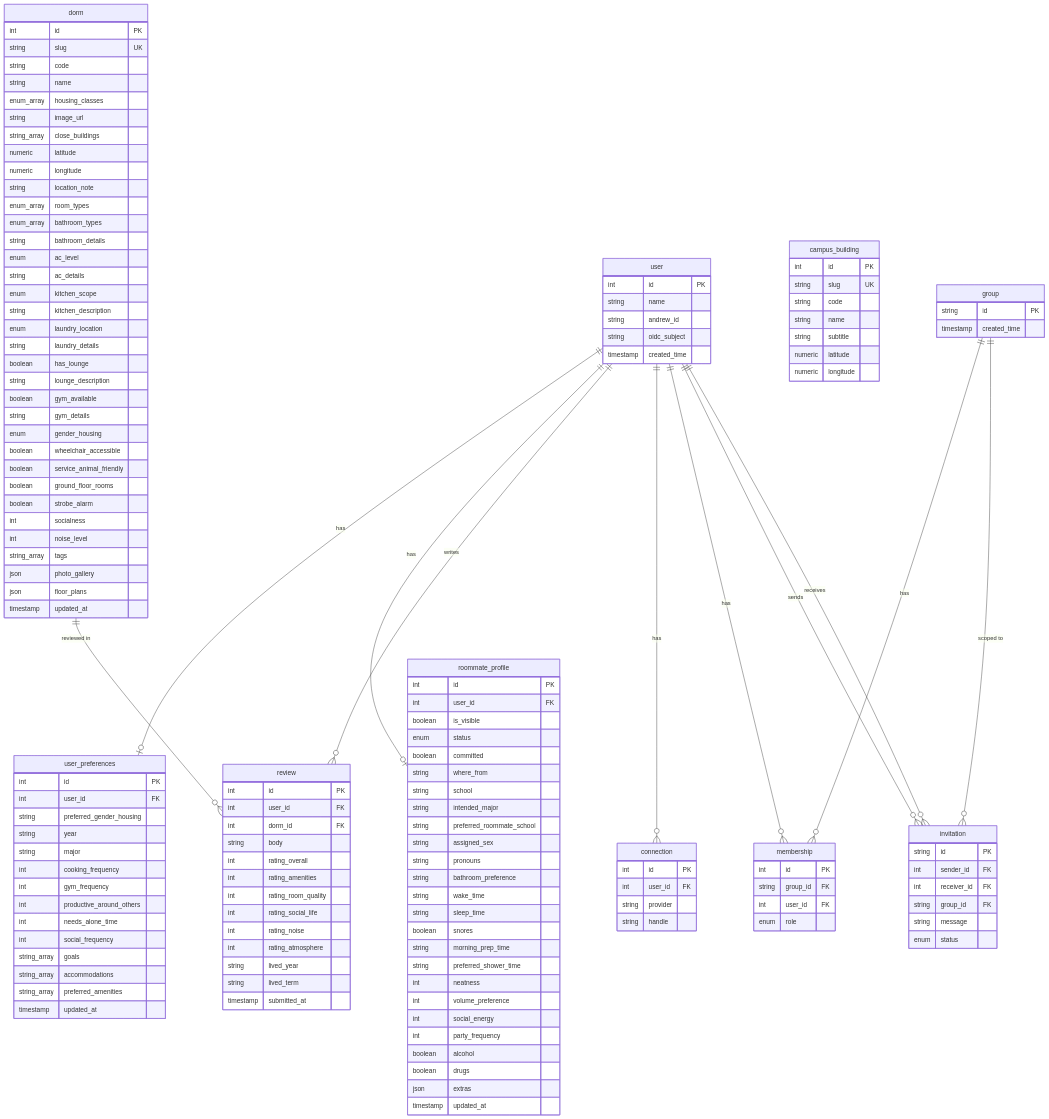
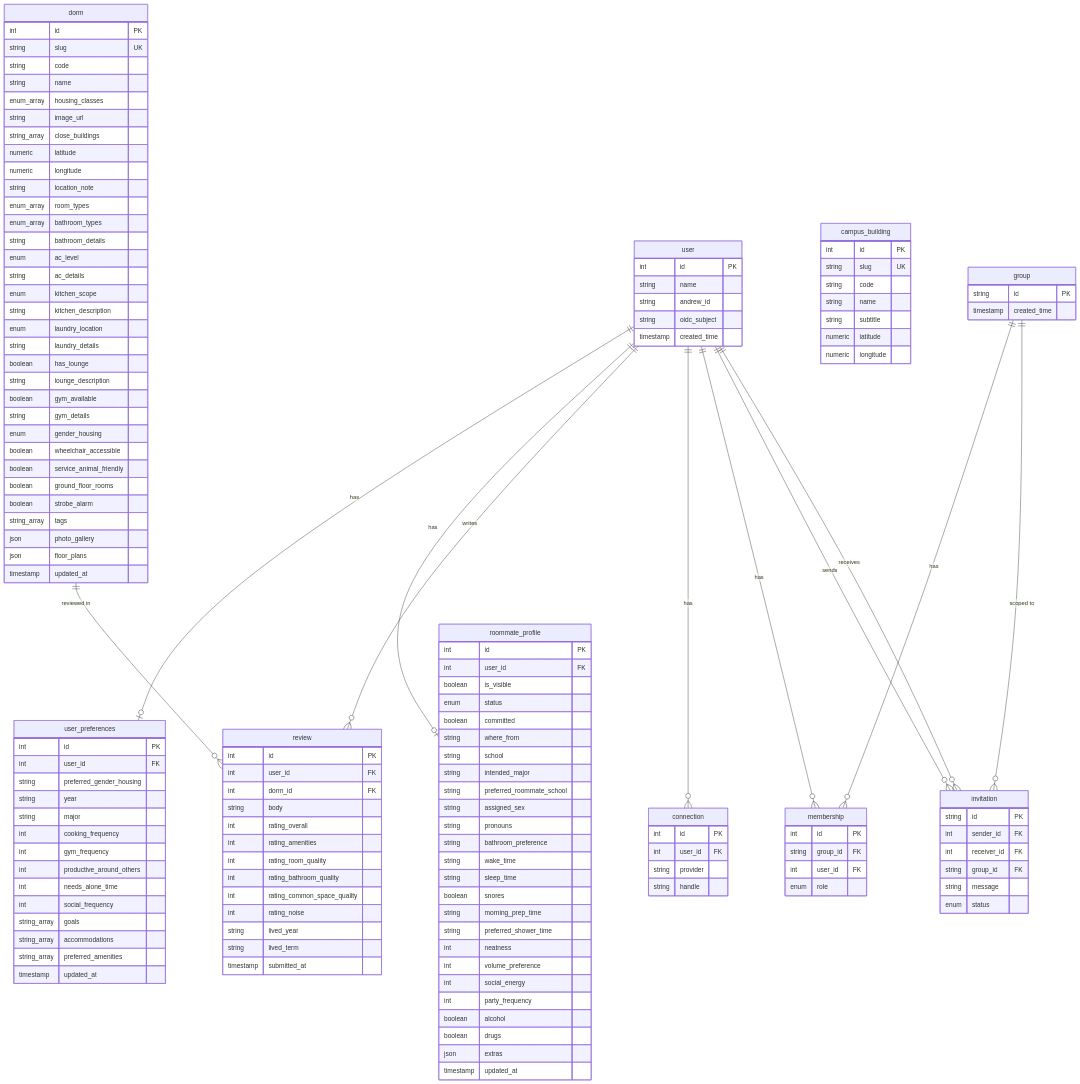
One commit to ScottyLabs/housing changed the diagram in docs/database-schema.md. Above: the diagram before and after it, drawn with Mermaid. The commit also changed other lines of this file and 37 other files, not shown here.

```diff
--- a/docs/database-schema.md
+++ b/docs/database-schema.md
@@ -89,8 +89,6 @@
         boolean service_animal_friendly
         boolean ground_floor_rooms
         boolean strobe_alarm
-        int socialness
-        int noise_level
         string_array tags
         json photo_gallery
         json floor_plans
@@ -113,9 +111,9 @@
         int rating_overall
         int rating_amenities
         int rating_room_quality
-        int rating_social_life
+        int rating_bathroom_quality
+        int rating_common_space_quality
         int rating_noise
-        int rating_atmosphere
         string lived_year
         string lived_term
         timestamp submitted_at
```
